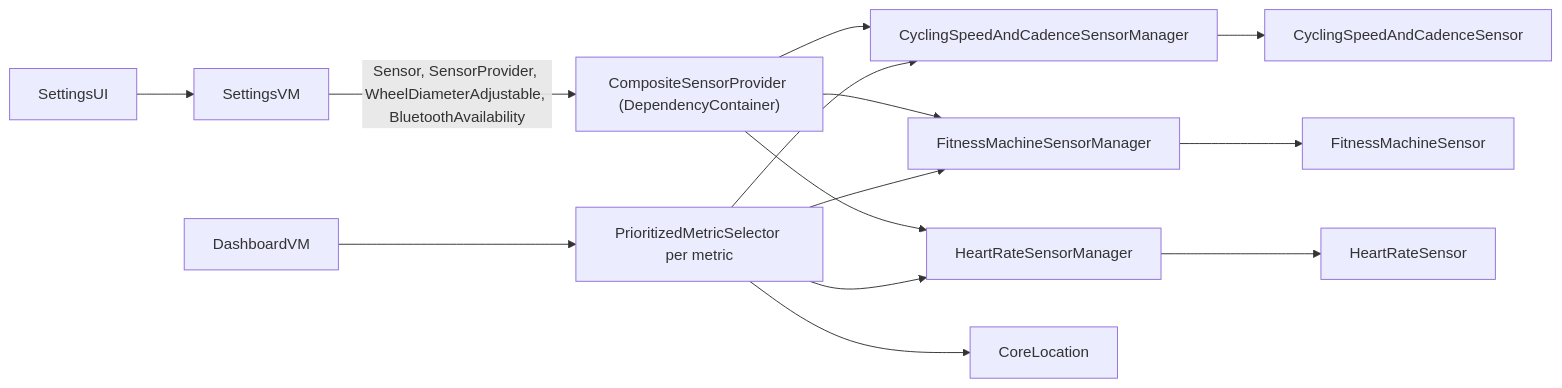
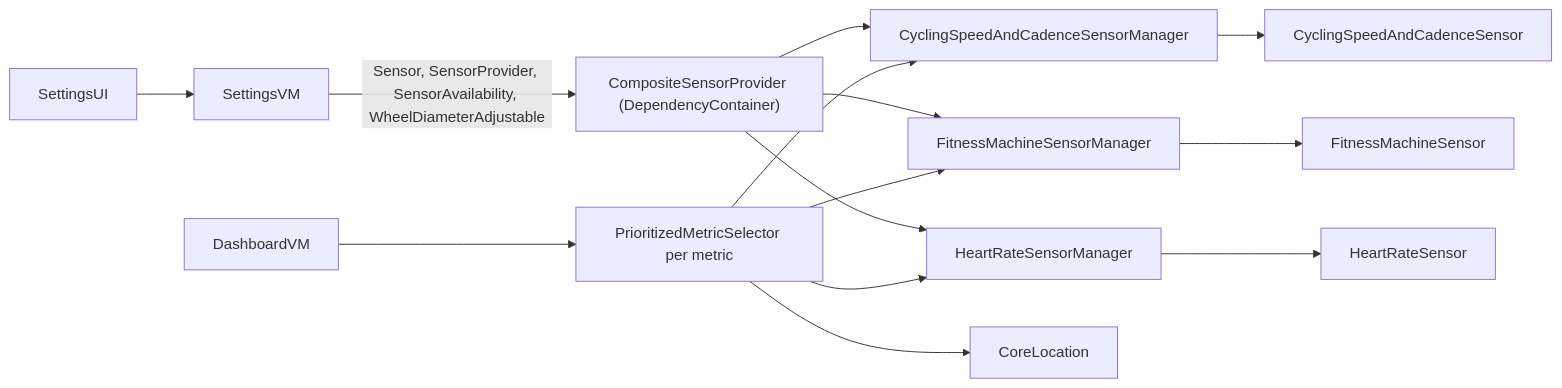
Before and after one commit to tonytallman/Biker: the first of 3 diagrams in docs/architecture/Sensors.md, drawn with Mermaid. The commit also changed other lines of this file and 28 other files, not shown here.

````diff
--- a/docs/architecture/Sensors.md
+++ b/docs/architecture/Sensors.md
@@ -20,16 +21,16 @@
 ```mermaid
 flowchart LR
     SettingsUI --> SettingsVM
-    SettingsVM -->|Sensor, SensorProvider, WheelDiameterAdjustable, BluetoothAvailability| Composite["CompositeSensorProvider (DependencyContainer)"]
+    SettingsVM -->|Sensor, SensorProvider, SensorAvailability, WheelDiameterAdjustable| Composite["CompositeSensorProvider (DependencyContainer)"]
     Composite --> CSC[CyclingSpeedAndCadenceSensorManager]
     Composite --> FTMS[FitnessMachineSensorManager]
     Composite --> HR[HeartRateSensorManager]
     CSC --> CSCSensor[CyclingSpeedAndCadenceSensor]
     FTMS --> FTMSSensor[FitnessMachineSensor]
     HR --> HRSensor[HeartRateSensor]
     DashboardVM --> Selector["PrioritizedMetricSelector per metric"]
     Selector --> CSC
     Selector --> FTMS
     Selector --> HR
     Selector --> CoreLocation
 ```
````
